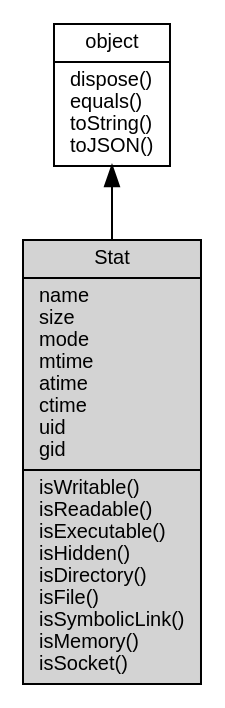
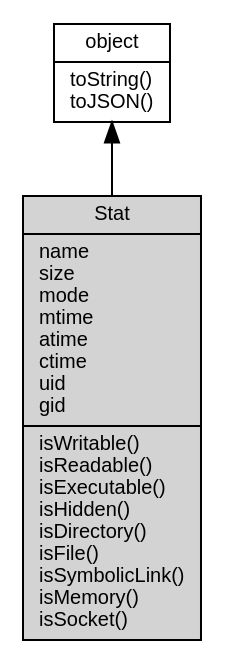
One commit to asionius/fibjs-ceph changed the diagram in docs/object/ifs/Stat.md. Above: the diagram before and after it, drawn with Graphviz. The commit also changed other lines of this file and 138 other files, not shown here.

````diff
--- a/docs/object/ifs/Stat.md
+++ b/docs/object/ifs/Stat.md
@@ -7,10 +7,10 @@
 ```dot
 digraph {
     node [fontname="Helvetica,sans-Serif", fontsize=10, shape="record", style="filled", fillcolor="white"];
 
-    object [tooltip="object", URL="object.md", label="{object|dispose()\lequals()\ltoString()\ltoJSON()\l}"];
-    Stat [tooltip="Stat", fillcolor="lightgray", label="{Stat|name\lsize\lmode\lmtime\latime\lctime\luid\lgid\l|isWritable()\lisReadable()\lisExecutable()\lisHidden()\lisDirectory()\lisFile()\lisSymbolicLink()\lisMemory()\lisSocket()\l}"];
+    object [tooltip="object", URL="object.md", label="{object|toString()\ltoJSON()\l}"];
+    Stat [tooltip="Stat", fillcolor="lightgray", id="me", label="{Stat|name\lsize\lmode\lmtime\latime\lctime\luid\lgid\l|isWritable()\lisReadable()\lisExecutable()\lisHidden()\lisDirectory()\lisFile()\lisSymbolicLink()\lisMemory()\lisSocket()\l}"];
 
     object -> Stat [dir=back];
 }
 ```
````
